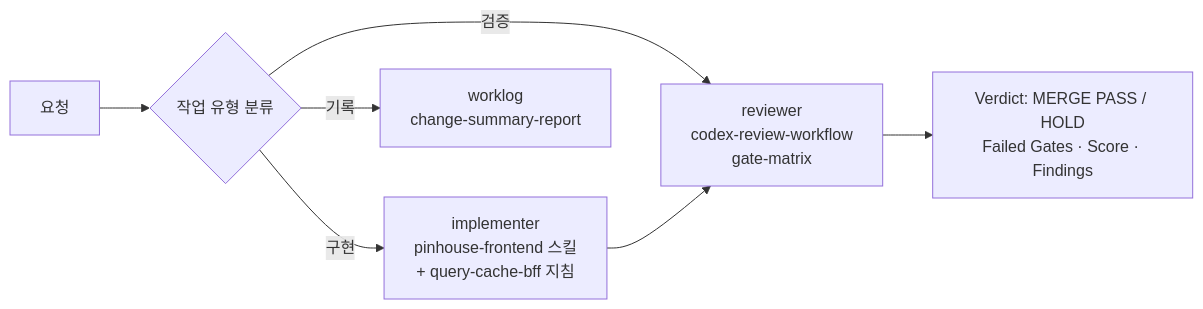
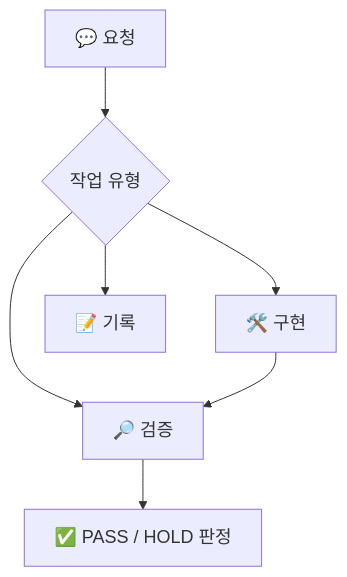
Before and after one commit to kyungchan3007/PinHouse_FE: the eighth of 8 diagrams in README.md, drawn with Mermaid. The commit also changed other lines of this file, not shown here.

First line of the commit message:
2026-09-14 docs: README 다이어그램 가독성 개선

````diff
--- a/README.md
+++ b/README.md
@@ -416,9 +390,17 @@
 ```mermaid
-flowchart LR
-    P["요청"] --> CL{"작업 유형 분류"}
-    CL -->|구현| I["implementer<br/>pinhouse-frontend 스킬<br/>+ query-cache-bff 지침"]
-    CL -->|검증| V["reviewer<br/>codex-review-workflow<br/>gate-matrix"]
-    CL -->|기록| L["worklog<br/>change-summary-report"]
+%%{init: {'themeVariables': {'fontSize': '18px'}}}%%
+flowchart TB
+    P["💬 요청"]
+    CL{"작업 유형"}
+    I["🛠️ 구현"]
+    V["🔎 검증"]
+    L["📝 기록"]
+    O["✅ PASS / HOLD 판정"]
+
+    P --> CL
+    CL --> I
+    CL --> V
+    CL --> L
     I --> V
-    V --> O["Verdict: MERGE PASS / HOLD<br/>Failed Gates · Score · Findings"]
+    V --> O
 ```
````
